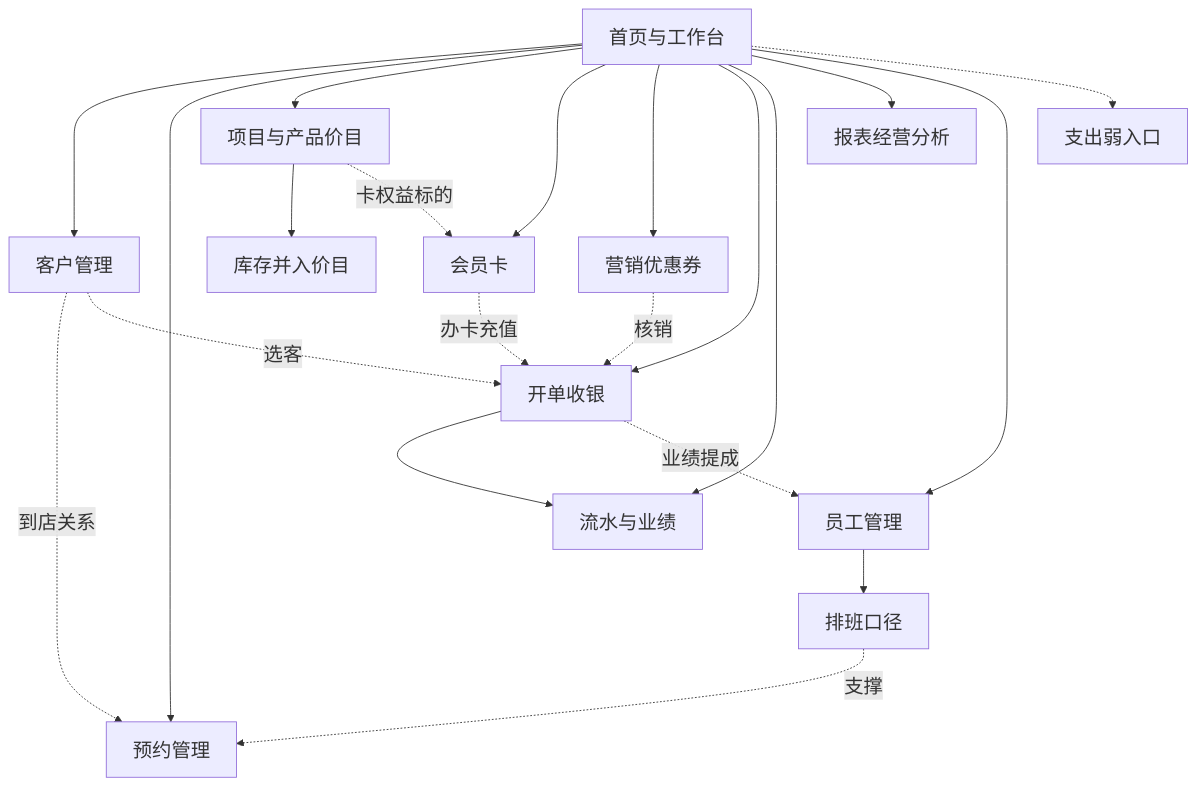
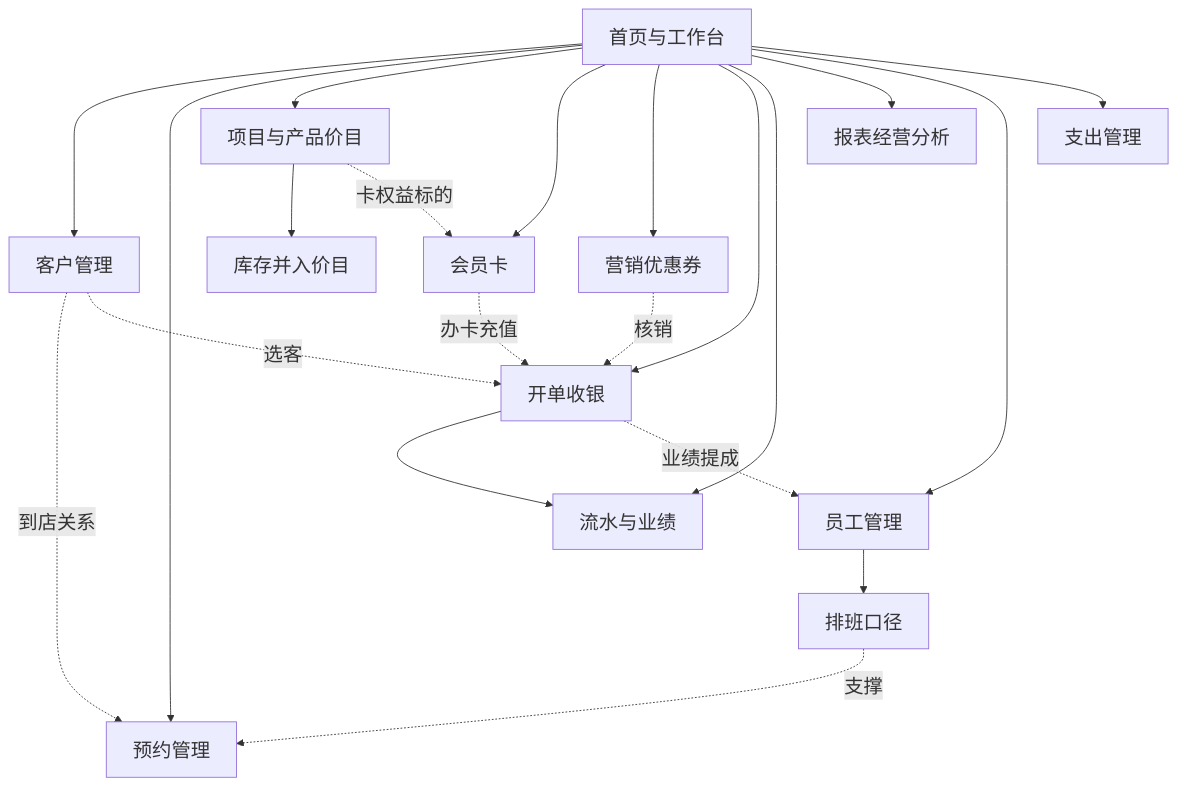
One commit to XDean-Designer/card changed the first of 13 diagrams in RTB现有产品概览.md. Above: the diagram before and after it, drawn with Mermaid. The commit also changed other lines of this file and 24 other files, not shown here.

First line of the commit message:
Add RTB function-flow meeting deck with live-app screenshot lightbox.

````diff
--- a/RTB现有产品概览.md
+++ b/RTB现有产品概览.md
@@ -38,25 +39,25 @@
 ```mermaid
 %%{init: {'themeVariables': {'fontSize': '22px', 'fontFamily': 'PingFang SC, Microsoft YaHei, sans-serif'}}}%%
 flowchart TB
   WB[首页与工作台]
   WB --> Cust[客户管理]
   WB --> Appt[预约管理]
   WB --> P[项目与产品价目]
   WB --> C[会员卡]
   WB --> Coupon[营销优惠券]
   WB --> B[开单收银]
   WB --> F[流水与业绩]
   WB --> Z[报表经营分析]
   WB --> S[员工管理]
   S --> Sch[排班口径]
-  WB -.-> E[支出弱入口]
+  WB --> E[支出管理]
   P --> K[库存并入价目]
   Cust -.到店关系.-> Appt
   Cust -.选客.-> B
   P -.卡权益标的.-> C
   Coupon -.核销.-> B
   C -.办卡充值.-> B
   B --> F
   B -.业绩提成.-> S
   Sch -.支撑.-> Appt
 ```
````
